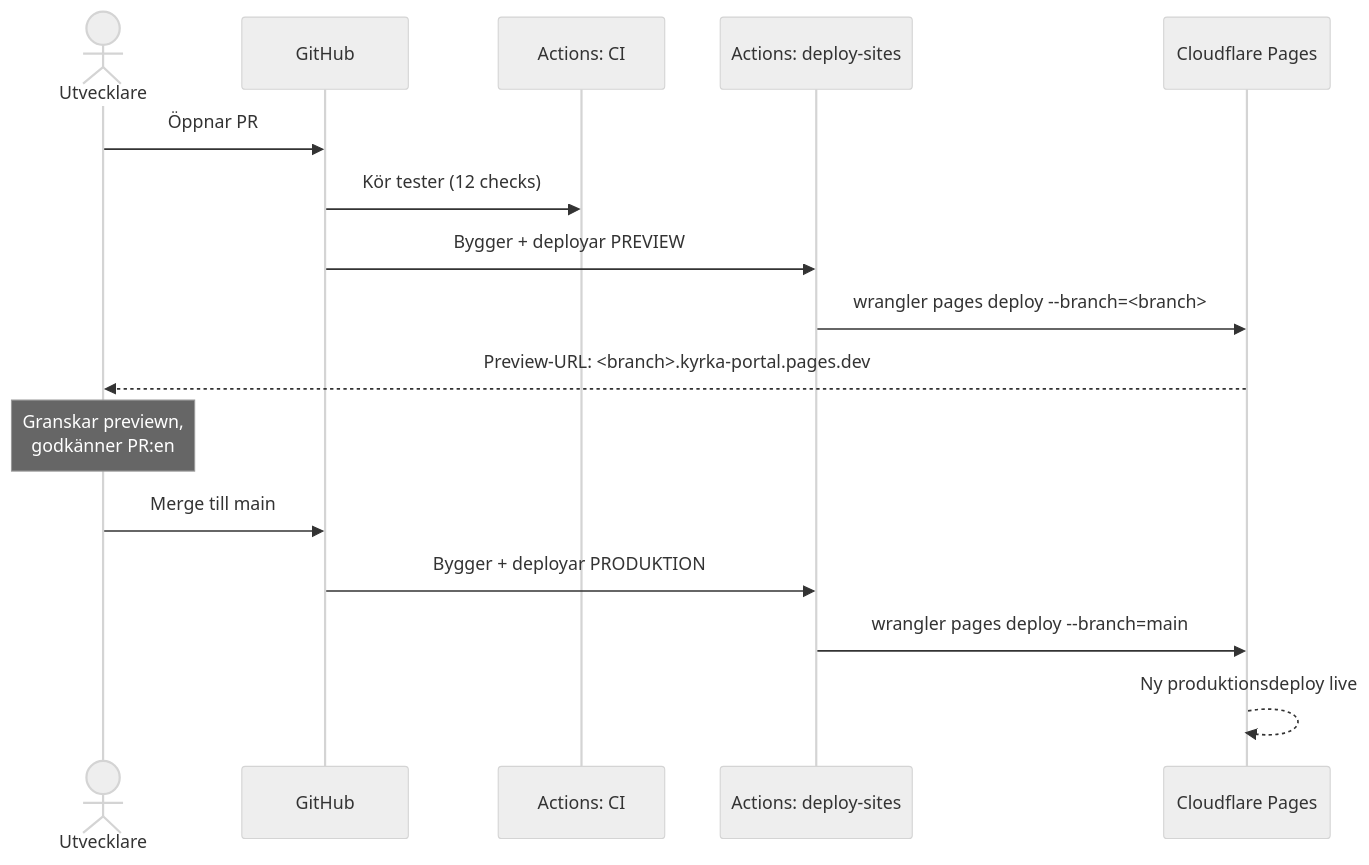
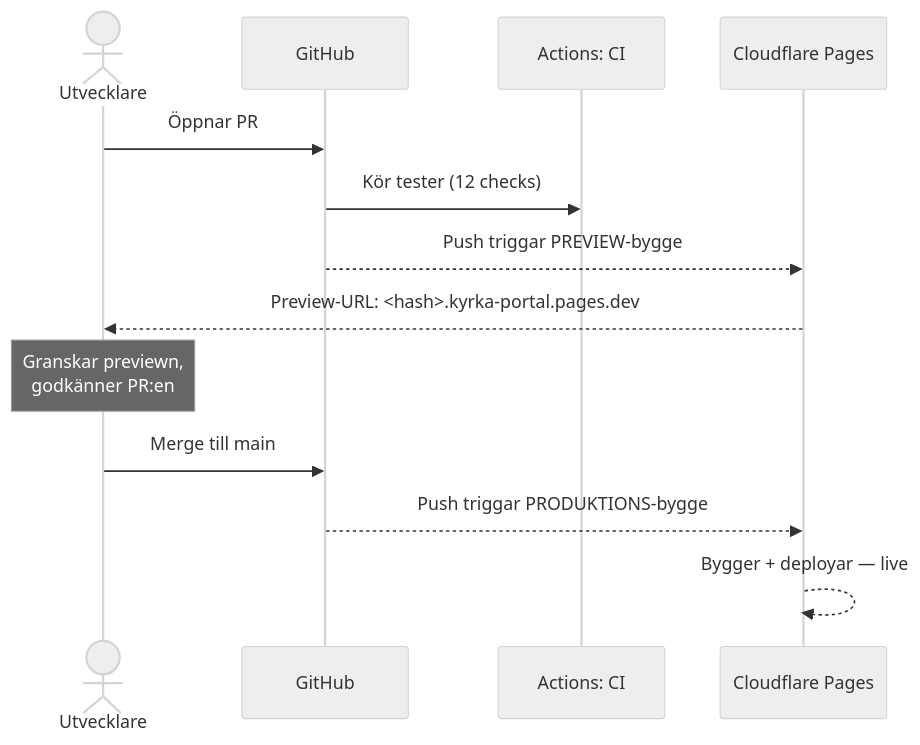
Before and after one commit to Compuute/kyrk-projekt: the second of 4 diagrams in docs/25-deploy-och-innehallsflode.md, drawn with Mermaid (neutral theme). The commit also changed other lines of this file and 3 other files, not shown here.

First line of the commit message:
docs: Pages git integration is the official portal deploy path (ADR-018/019)

````diff
--- a/docs/25-deploy-och-innehallsflode.md
+++ b/docs/25-deploy-och-innehallsflode.md
@@ -85,19 +88,16 @@
 ```mermaid
 sequenceDiagram
     actor Dev as Utvecklare
     participant GH as GitHub
     participant CI as Actions: CI
-    participant DS as Actions: deploy-sites
     participant CF as Cloudflare Pages
 
     Dev->>GH: Öppnar PR
     GH->>CI: Kör tester (12 checks)
-    GH->>DS: Bygger + deployar PREVIEW
-    DS->>CF: wrangler pages deploy --branch=<branch>
-    CF-->>Dev: Preview-URL: <branch>.kyrka-portal.pages.dev
+    GH-->>CF: Push triggar PREVIEW-bygge
+    CF-->>Dev: Preview-URL: <hash>.kyrka-portal.pages.dev
     Note over Dev: Granskar previewn,<br/>godkänner PR:en
     Dev->>GH: Merge till main
-    GH->>DS: Bygger + deployar PRODUKTION
-    DS->>CF: wrangler pages deploy --branch=main
-    CF-->>CF: Ny produktionsdeploy live
+    GH-->>CF: Push triggar PRODUKTIONS-bygge
+    CF-->>CF: Bygger + deployar — live
 ```
````
